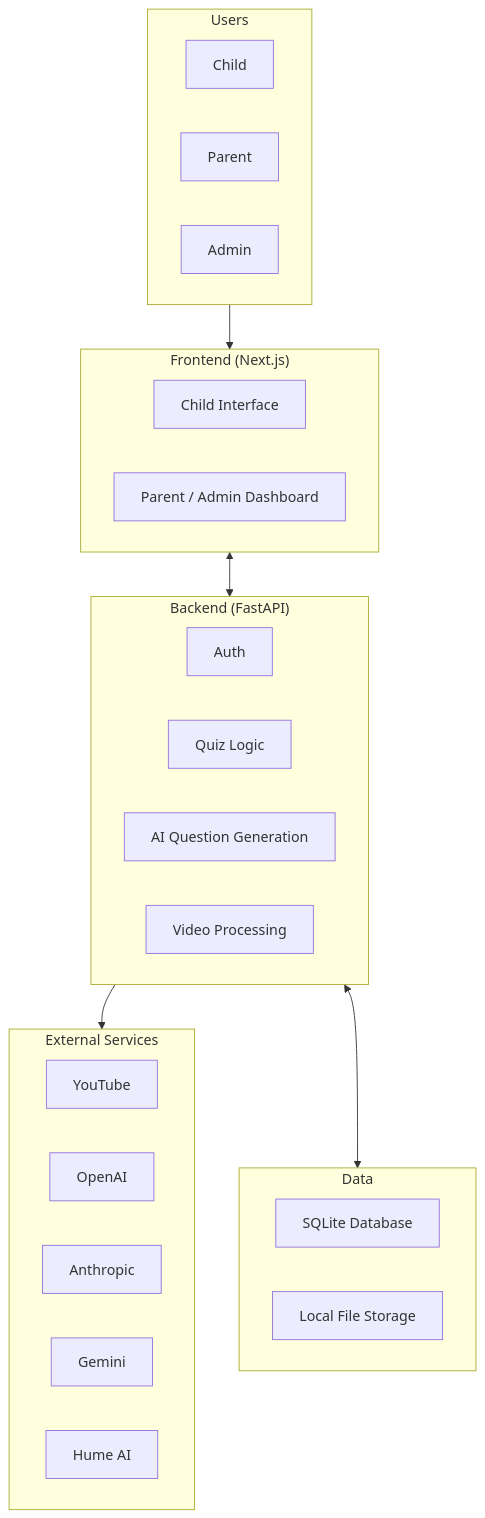
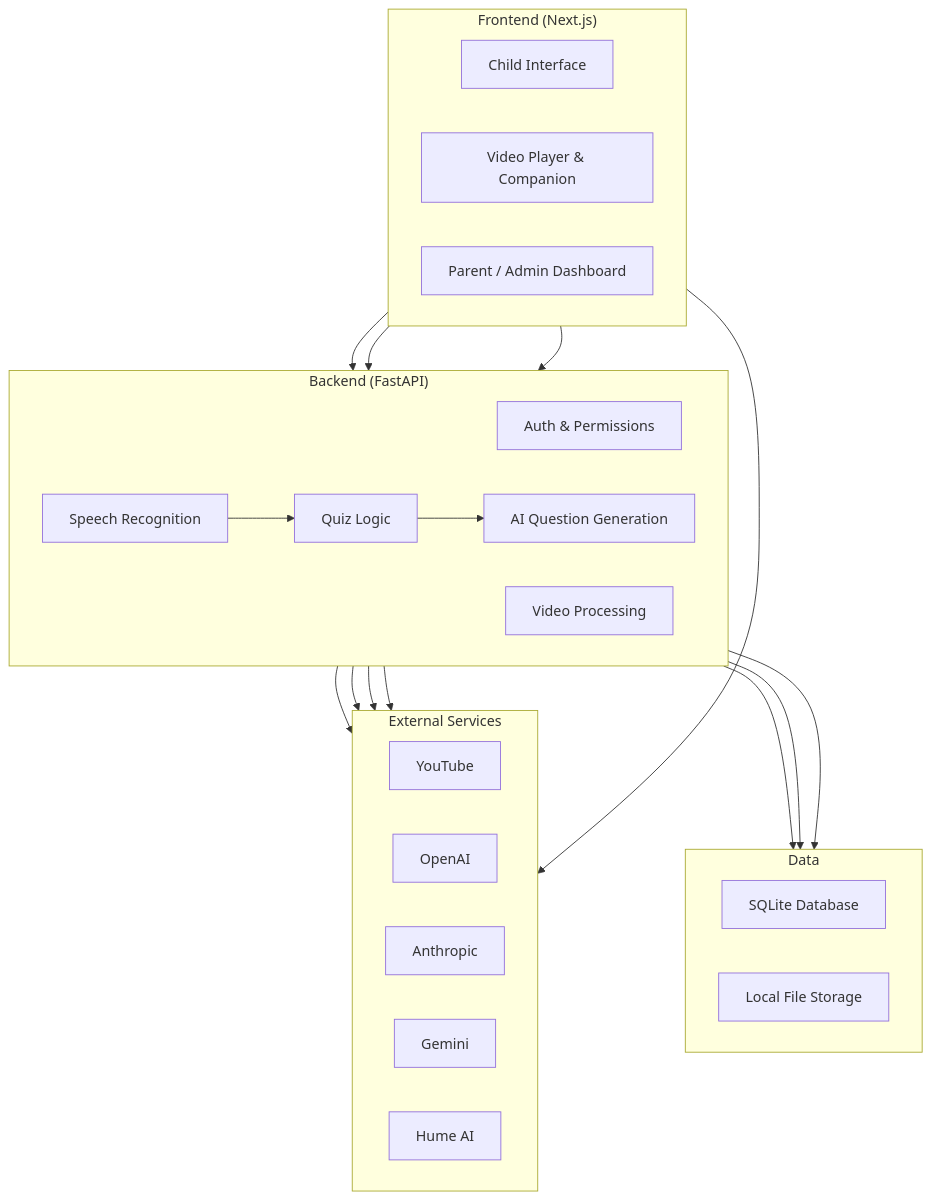
The diagram in documentation/docs/requirements/System-block-diagram.md (Capstone-Projects-2026-spring/project-piggyback-learning-piggyback-1), drawn with Mermaid before and after one commit. The commit also changed other lines of this file, not shown here.

Commit message:
how would this look, im losing my mind

````diff
--- a/documentation/docs/requirements/System-block-diagram.md
+++ b/documentation/docs/requirements/System-block-diagram.md
@@ -7,44 +7,48 @@
 ```mermaid
 flowchart TD
 
-  subgraph USERS["Users"]
-    direction LR
-    Child["Child"]
-    Parent["Parent"]
-    Admin["Admin"]
-  end
-
   subgraph FE["Frontend (Next.js)"]
     direction LR
-    KidsUI["Child Interface"]
+    ChildUI["Child Interface"]
+    VideoComp["Video Player & Companion"]
     ParentUI["Parent / Admin Dashboard"]
   end
 
   subgraph BE["Backend (FastAPI)"]
     direction LR
-    Auth["Auth"]
+    Auth["Auth & Permissions"]
     QuizLogic["Quiz Logic"]
+    SpeechRec["Speech Recognition"]
     AIGen["AI Question Generation"]
     VideoProc["Video Processing"]
   end
 
   subgraph EXT["External Services"]
     direction LR
     YouTube["YouTube"]
     OpenAI["OpenAI"]
     Anthropic["Anthropic"]
     Gemini["Gemini"]
-    Hume["Hume AI"]
+    HumeAI["Hume AI"]
   end
 
   subgraph DATA["Data"]
     direction LR
     DB["SQLite Database"]
     Files["Local File Storage"]
   end
 
-  USERS --> FE
-  FE <--> BE
-  BE --> EXT
-  BE <--> DATA
+  ChildUI --> QuizLogic
+  ChildUI --> SpeechRec
+  VideoComp --> HumeAI
+  ParentUI --> Auth
+  QuizLogic --> AIGen
+  QuizLogic --> DB
+  SpeechRec --> QuizLogic
+  AIGen --> OpenAI
+  AIGen --> Anthropic
+  AIGen --> Gemini
+  VideoProc --> YouTube
+  VideoProc --> Files
+  Auth --> DB
 ```
````
